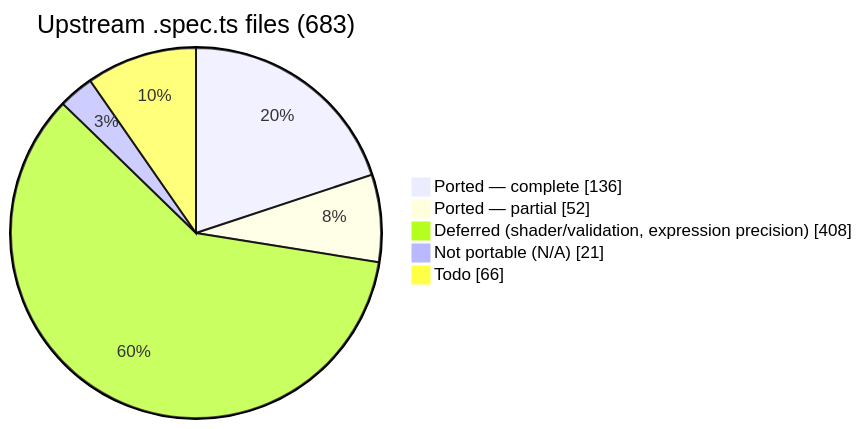
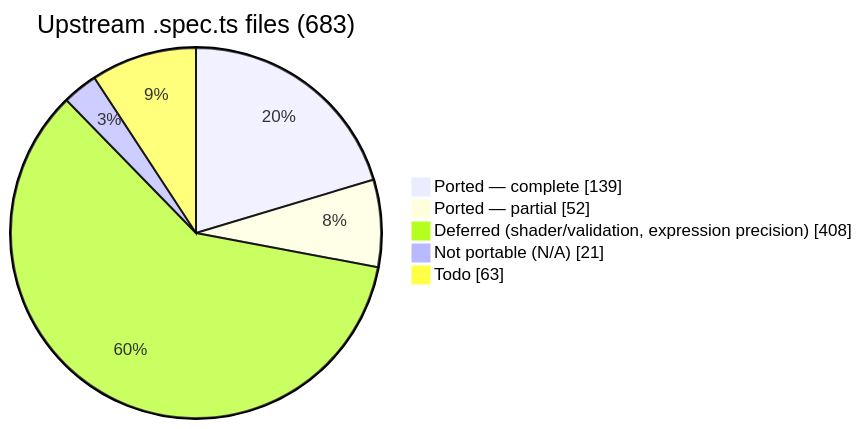
The first of 2 diagrams in README.md (infosia/webgpu-native-cts), drawn with Mermaid before and after one commit. The commit also changed other lines of this file and 6 other files, not shown here.

````diff
--- a/README.md
+++ b/README.md
@@ -94,9 +94,9 @@
 ```mermaid
 pie showData
     title Upstream .spec.ts files (683)
-    "Ported — complete" : 136
+    "Ported — complete" : 139
     "Ported — partial" : 52
     "Deferred (shader/validation, expression precision)" : 408
     "Not portable (N/A)" : 21
-    "Todo" : 66
+    "Todo" : 63
 ```
````
